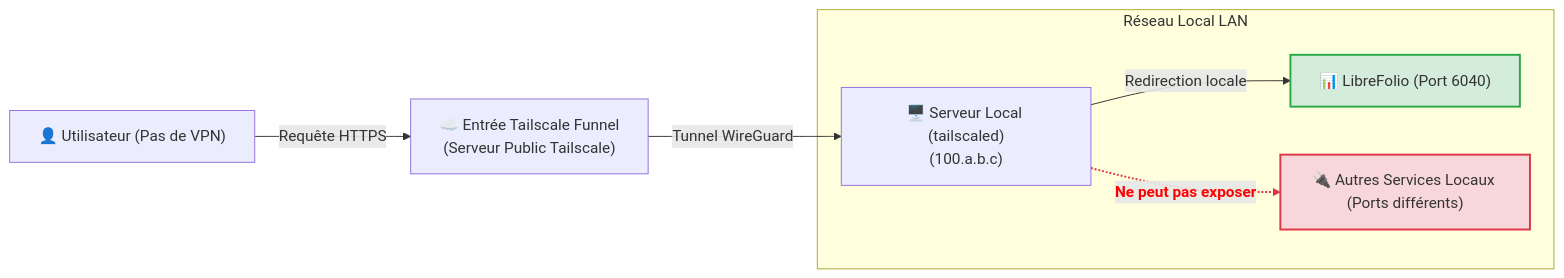
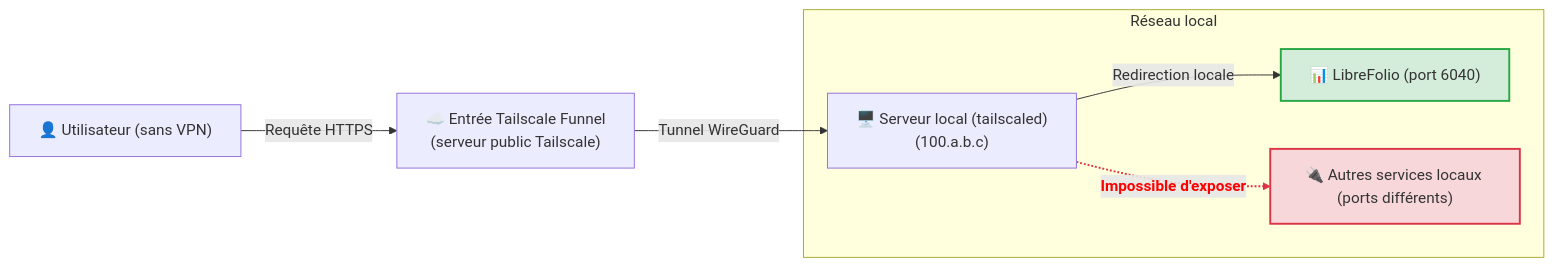
One commit to Librefolio/LibreFolio changed the fourth of 5 diagrams in mkdocs_src/docs/admin/service_exposure.fr.md. Above: the diagram before and after it, drawn with Mermaid. The commit also changed other lines of this file and 430 other files, not shown here.

````diff
--- a/mkdocs_src/docs/admin/service_exposure.fr.md
+++ b/mkdocs_src/docs/admin/service_exposure.fr.md
@@ -296,12 +258,12 @@
 ```mermaid
 graph LR
- User["👤 Utilisateur (Pas de VPN)"] -->|Requête HTTPS| Funnel["☁️ Entrée Tailscale Funnel<br>(Serveur Public Tailscale)"]
- Funnel -->|Tunnel WireGuard| Server["🖥️ Serveur Local (tailscaled)<br>(100.a.b.c)"]
- subgraph LAN ["Réseau Local LAN"]
- Server -->|Redirection locale| LibreFolio["📊 LibreFolio (Port 6040)"]
- Server -.->|"<font color='red'><b>Ne peut pas exposer</b></font>"| Other["🔌 Autres Services Locaux (Ports différents)"]
- end
- style LibreFolio fill:#d4edda,stroke:#28a745,stroke-width:2px;
- style Other fill:#f8d7da,stroke:#dc3545,stroke-width:2px;
- linkStyle 3 stroke:#dc3545,stroke-width:2px;
+    User["👤 Utilisateur (sans VPN)"] -->|Requête HTTPS| Funnel["☁️ Entrée Tailscale Funnel<br>(serveur public Tailscale)"]
+    Funnel -->|Tunnel WireGuard| Server["🖥️ Serveur local (tailscaled)<br>(100.a.b.c)"]
+    subgraph LAN ["Réseau local"]
+        Server -->|Redirection locale| LibreFolio["📊 LibreFolio (port 6040)"]
+        Server -.->|"<font color='red'><b>Impossible d'exposer</b></font>"| Other["🔌 Autres services locaux (ports différents)"]
+    end
+    style LibreFolio fill:#d4edda,stroke:#28a745,stroke-width:2px;
+    style Other fill:#f8d7da,stroke:#dc3545,stroke-width:2px;
+    linkStyle 3 stroke:#dc3545,stroke-width:2px;
 ```
````
